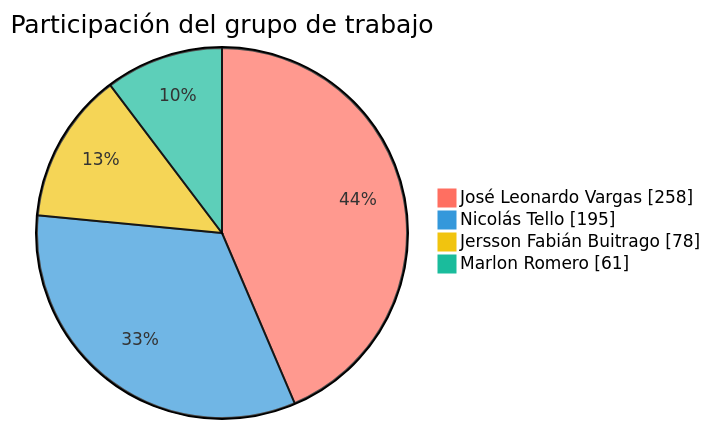
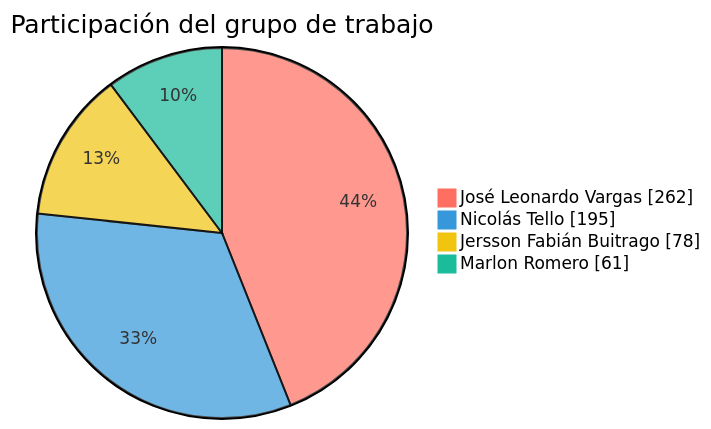
Before and after one commit to FarmaExpres/FarmaExpres: the first of 2 diagrams in README.md, drawn with Mermaid. The commit also changed other lines of this file and 1 other file, not shown here.

````diff
--- a/README.md
+++ b/README.md
@@ -389,9 +389,9 @@
 ```mermaid
 %%{init: {"themeVariables": {"pie1": "#ff6f61", "pie2": "#3498db", "pie3": "#f1c40f", "pie4": "#1abc9c", "pieLabelColor": "#000000", "pieLabelFontSize": "24px", "pieLabelFontWeight": "700"}}}%%
 pie showData
     title Participación del grupo de trabajo
-    "José Leonardo Vargas" : 258
+    "José Leonardo Vargas" : 262
     "Nicolás Tello" : 195
     "Jersson Fabián Buitrago" : 78
     "Marlon Romero" : 61
 ```
````
